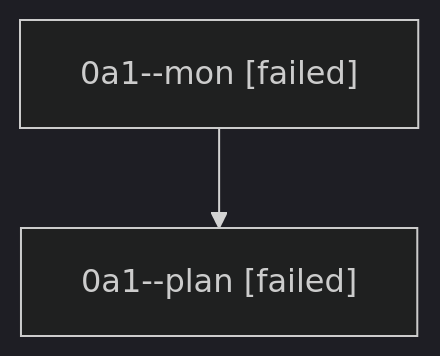
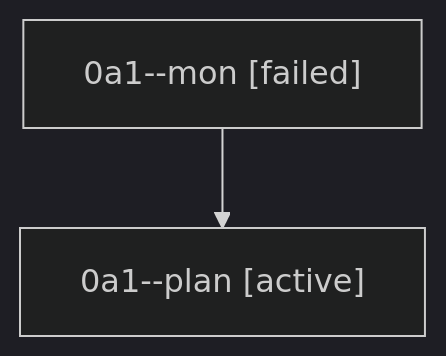
One commit to sase-org/sase--agents changed the diagram in families/bbugyi200.athena.0a1.md. Above: the diagram before and after it, drawn with Mermaid (dark theme). The commit also changed other lines of this file and 35830 other files, not shown here.

````diff
--- a/families/bbugyi200.athena.0a1.md
+++ b/families/bbugyi200.athena.0a1.md
@@ -9,6 +9,6 @@
 ```mermaid
 flowchart TD
   n0["0a1--mon [failed]"]
-  n1["0a1--plan [failed]"]
+  n1["0a1--plan [active]"]
   n0 --> n1
 ```
````
